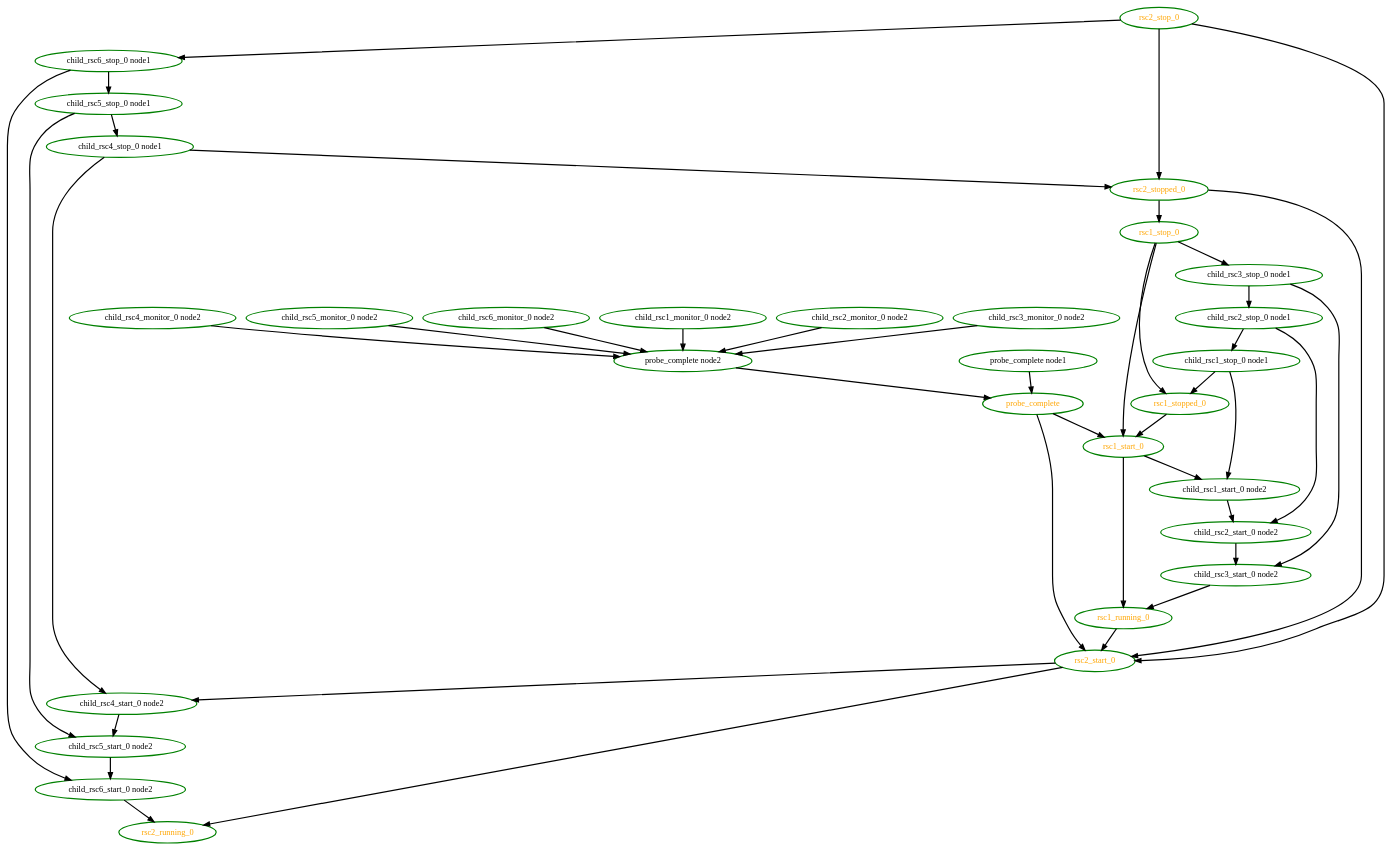
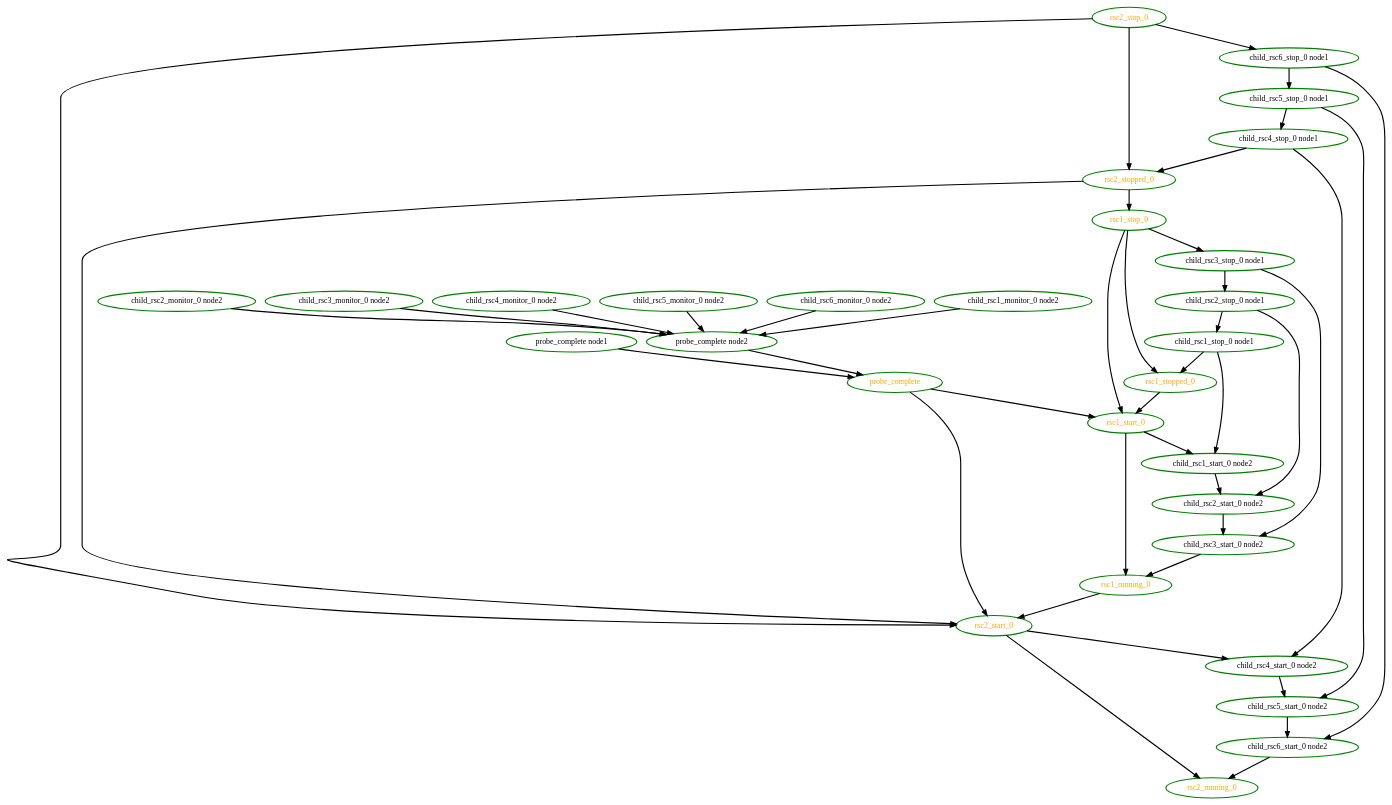
Before and after one commit to richiewen8/heartbeat: the diagram in crm/pengine/testcases/group6.dot, drawn with Graphviz. The commit also changed other lines of this file and 46 other files, not shown here.

```diff
--- a/crm/pengine/testcases/group6.dot
+++ b/crm/pengine/testcases/group6.dot
@@ -1,74 +1,74 @@
 digraph "g" {
 	size = "30,30"
 "probe_complete" [ style=bold color="green" fontcolor="orange" ]
 "probe_complete node1" [ style=bold color="green" fontcolor="black" ]
 "probe_complete node2" [ style=bold color="green" fontcolor="black" ]
 "child_rsc1_monitor_0 node2" [ style=bold color="green" fontcolor="black" ]
 "child_rsc2_monitor_0 node2" [ style=bold color="green" fontcolor="black" ]
 "child_rsc3_monitor_0 node2" [ style=bold color="green" fontcolor="black" ]
 "child_rsc4_monitor_0 node2" [ style=bold color="green" fontcolor="black" ]
 "child_rsc5_monitor_0 node2" [ style=bold color="green" fontcolor="black" ]
 "child_rsc6_monitor_0 node2" [ style=bold color="green" fontcolor="black" ]
+"child_rsc3_stop_0 node1" [ style=bold color="green" fontcolor="black" ]
+"child_rsc3_start_0 node2" [ style=bold color="green" fontcolor="black" ]
+"child_rsc2_stop_0 node1" [ style=bold color="green" fontcolor="black" ]
+"child_rsc2_start_0 node2" [ style=bold color="green" fontcolor="black" ]
 "child_rsc1_stop_0 node1" [ style=bold color="green" fontcolor="black" ]
 "child_rsc1_start_0 node2" [ style=bold color="green" fontcolor="black" ]
-"child_rsc2_stop_0 node1" [ style=bold color="green" fontcolor="black" ]
-"child_rsc2_start_0 node2" [ style=bold color="green" fontcolor="black" ]
-"child_rsc3_stop_0 node1" [ style=bold color="green" fontcolor="black" ]
-"child_rsc3_start_0 node2" [ style=bold color="green" fontcolor="black" ]
 "rsc1_start_0" [ style=bold color="green" fontcolor="orange" ]
 "rsc1_running_0" [ style=bold color="green" fontcolor="orange" ]
 "rsc1_stop_0" [ style=bold color="green" fontcolor="orange" ]
 "rsc1_stopped_0" [ style=bold color="green" fontcolor="orange" ]
+"child_rsc6_stop_0 node1" [ style=bold color="green" fontcolor="black" ]
+"child_rsc6_start_0 node2" [ style=bold color="green" fontcolor="black" ]
+"child_rsc5_stop_0 node1" [ style=bold color="green" fontcolor="black" ]
+"child_rsc5_start_0 node2" [ style=bold color="green" fontcolor="black" ]
 "child_rsc4_stop_0 node1" [ style=bold color="green" fontcolor="black" ]
 "child_rsc4_start_0 node2" [ style=bold color="green" fontcolor="black" ]
-"child_rsc5_stop_0 node1" [ style=bold color="green" fontcolor="black" ]
-"child_rsc5_start_0 node2" [ style=bold color="green" fontcolor="black" ]
-"child_rsc6_stop_0 node1" [ style=bold color="green" fontcolor="black" ]
-"child_rsc6_start_0 node2" [ style=bold color="green" fontcolor="black" ]
 "rsc2_start_0" [ style=bold color="green" fontcolor="orange" ]
 "rsc2_running_0" [ style=bold color="green" fontcolor="orange" ]
 "rsc2_stop_0" [ style=bold color="green" fontcolor="orange" ]
 "rsc2_stopped_0" [ style=bold color="green" fontcolor="orange" ]
 "probe_complete node1" -> "probe_complete" [ style = bold]
 "probe_complete node2" -> "probe_complete" [ style = bold]
 "child_rsc1_monitor_0 node2" -> "probe_complete node2" [ style = bold]
 "child_rsc2_monitor_0 node2" -> "probe_complete node2" [ style = bold]
 "child_rsc3_monitor_0 node2" -> "probe_complete node2" [ style = bold]
 "child_rsc4_monitor_0 node2" -> "probe_complete node2" [ style = bold]
 "child_rsc5_monitor_0 node2" -> "probe_complete node2" [ style = bold]
 "child_rsc6_monitor_0 node2" -> "probe_complete node2" [ style = bold]
+"rsc1_stop_0" -> "child_rsc3_stop_0 node1" [ style = bold]
+"child_rsc3_stop_0 node1" -> "child_rsc3_start_0 node2" [ style = bold]
+"child_rsc2_start_0 node2" -> "child_rsc3_start_0 node2" [ style = bold]
+"child_rsc3_stop_0 node1" -> "child_rsc2_stop_0 node1" [ style = bold]
+"child_rsc2_stop_0 node1" -> "child_rsc2_start_0 node2" [ style = bold]
+"child_rsc1_start_0 node2" -> "child_rsc2_start_0 node2" [ style = bold]
 "child_rsc2_stop_0 node1" -> "child_rsc1_stop_0 node1" [ style = bold]
 "child_rsc1_stop_0 node1" -> "child_rsc1_start_0 node2" [ style = bold]
 "rsc1_start_0" -> "child_rsc1_start_0 node2" [ style = bold]
-"child_rsc3_stop_0 node1" -> "child_rsc2_stop_0 node1" [ style = bold]
-"child_rsc1_start_0 node2" -> "child_rsc2_start_0 node2" [ style = bold]
-"child_rsc2_stop_0 node1" -> "child_rsc2_start_0 node2" [ style = bold]
-"rsc1_stop_0" -> "child_rsc3_stop_0 node1" [ style = bold]
-"child_rsc2_start_0 node2" -> "child_rsc3_start_0 node2" [ style = bold]
-"child_rsc3_stop_0 node1" -> "child_rsc3_start_0 node2" [ style = bold]
 "probe_complete" -> "rsc1_start_0" [ style = bold]
 "rsc1_stop_0" -> "rsc1_start_0" [ style = bold]
 "rsc1_stopped_0" -> "rsc1_start_0" [ style = bold]
 "child_rsc3_start_0 node2" -> "rsc1_running_0" [ style = bold]
 "rsc1_start_0" -> "rsc1_running_0" [ style = bold]
 "rsc2_stopped_0" -> "rsc1_stop_0" [ style = bold]
 "child_rsc1_stop_0 node1" -> "rsc1_stopped_0" [ style = bold]
 "rsc1_stop_0" -> "rsc1_stopped_0" [ style = bold]
+"rsc2_stop_0" -> "child_rsc6_stop_0 node1" [ style = bold]
+"child_rsc6_stop_0 node1" -> "child_rsc6_start_0 node2" [ style = bold]
+"child_rsc5_start_0 node2" -> "child_rsc6_start_0 node2" [ style = bold]
+"child_rsc6_stop_0 node1" -> "child_rsc5_stop_0 node1" [ style = bold]
+"child_rsc5_stop_0 node1" -> "child_rsc5_start_0 node2" [ style = bold]
+"child_rsc4_start_0 node2" -> "child_rsc5_start_0 node2" [ style = bold]
 "child_rsc5_stop_0 node1" -> "child_rsc4_stop_0 node1" [ style = bold]
 "child_rsc4_stop_0 node1" -> "child_rsc4_start_0 node2" [ style = bold]
 "rsc2_start_0" -> "child_rsc4_start_0 node2" [ style = bold]
-"child_rsc6_stop_0 node1" -> "child_rsc5_stop_0 node1" [ style = bold]
-"child_rsc4_start_0 node2" -> "child_rsc5_start_0 node2" [ style = bold]
-"child_rsc5_stop_0 node1" -> "child_rsc5_start_0 node2" [ style = bold]
-"rsc2_stop_0" -> "child_rsc6_stop_0 node1" [ style = bold]
-"child_rsc5_start_0 node2" -> "child_rsc6_start_0 node2" [ style = bold]
-"child_rsc6_stop_0 node1" -> "child_rsc6_start_0 node2" [ style = bold]
 "probe_complete" -> "rsc2_start_0" [ style = bold]
 "rsc1_running_0" -> "rsc2_start_0" [ style = bold]
 "rsc2_stop_0" -> "rsc2_start_0" [ style = bold]
 "rsc2_stopped_0" -> "rsc2_start_0" [ style = bold]
 "child_rsc6_start_0 node2" -> "rsc2_running_0" [ style = bold]
 "rsc2_start_0" -> "rsc2_running_0" [ style = bold]
 "child_rsc4_stop_0 node1" -> "rsc2_stopped_0" [ style = bold]
 "rsc2_stop_0" -> "rsc2_stopped_0" [ style = bold]
 }
```
